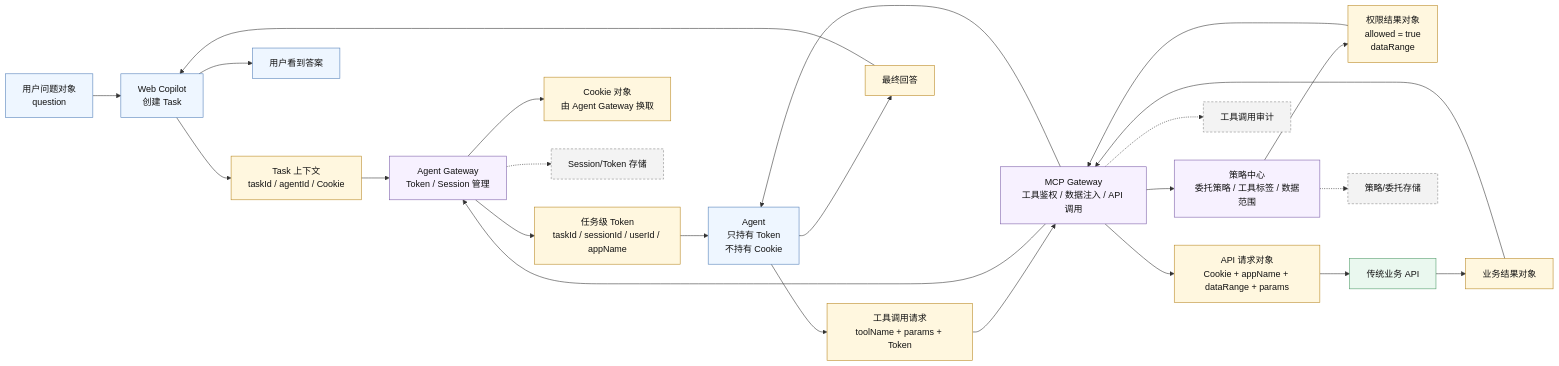
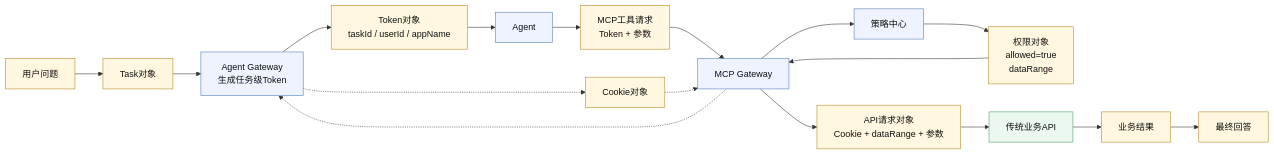
One commit to xuning117634-ux/auth-design-spec changed the third of 3 diagrams in new_desgin/test.md. Above: the diagram before and after it, drawn with Mermaid. The commit also changed other lines of this file, not shown here.

Commit message:
TR补充授权与IDaaS历史授权讨论稿.md

````diff
--- a/new_desgin/test.md
+++ b/new_desgin/test.md
@@ -163,45 +113,32 @@
 ```mermaid
 flowchart LR
-    UQ["用户问题对象<br/>question"] --> WC["Web Copilot<br/>创建 Task"]
-    WC --> TC["Task 上下文<br/>taskId / agentId / Cookie"]
+    Q["用户问题"] --> T["Task对象"]
+    T --> AG["Agent Gateway<br/>生成任务级Token"]
+    AG --> Token["Token对象<br/>taskId / userId / appName"]
 
-    TC --> AG["Agent Gateway<br/>Token / Session 管理"]
-    AG --> TK["任务级 Token<br/>taskId / sessionId / userId / appName"]
+    Token --> Agent["Agent"]
+    Agent --> Req["MCP工具请求<br/>Token + 参数"]
 
-    TK --> A["Agent<br/>只持有 Token<br/>不持有 Cookie"]
-    A --> TR["工具调用请求<br/>toolName + params + Token"]
+    Req --> MCP["MCP Gateway"]
+    MCP --> SC["策略中心"]
+    SC --> Policy["权限对象<br/>allowed=true<br/>dataRange"]
 
-    TR --> MCP["MCP Gateway<br/>工具鉴权 / 数据注入 / API 调用"]
+    Policy --> MCP
 
-    MCP --> SC["策略中心<br/>委托策略 / 工具标签 / 数据范围"]
-    SC --> PR["权限结果对象<br/>allowed = true<br/>dataRange"]
+    MCP -.-> AG
+    AG -.-> Cookie["Cookie对象"]
+    Cookie -.-> MCP
 
-    PR --> MCP
-    MCP --> AG
-    AG --> CK["Cookie 对象<br/>由 Agent Gateway 换取"]
+    MCP --> ApiReq["API请求对象<br/>Cookie + dataRange + 参数"]
+    ApiReq --> API["传统业务API"]
+    API --> Result["业务结果"]
+    Result --> Answer["最终回答"]
 
-    MCP --> APIREQ["API 请求对象<br/>Cookie + appName + dataRange + params"]
-    APIREQ --> API["传统业务 API"]
-    API --> R["业务结果对象"]
-    R --> MCP
-    MCP --> A
-    A --> ANS["最终回答"]
-    ANS --> WC
-    WC --> USER["用户看到答案"]
+    classDef obj fill:#fff7df,stroke:#b88720,stroke-width:1px,color:#111;
+    classDef svc fill:#eef3ff,stroke:#4f7db8,stroke-width:1px,color:#111;
+    classDef api fill:#eaf8ef,stroke:#4f9b68,stroke-width:1px,color:#111;
 
-    AG -.-> STORE1["Session/Token 存储"]
-    SC -.-> STORE2["策略/委托存储"]
-    MCP -.-> AUDIT["工具调用审计"]
-
-    classDef actor fill:#eef6ff,stroke:#4f7db8,stroke-width:1px,color:#111;
-    classDef gateway fill:#f7f1ff,stroke:#7a5ca8,stroke-width:1px,color:#111;
-    classDef object fill:#fff7df,stroke:#b88720,stroke-width:1px,color:#111;
-    classDef api fill:#eaf8ef,stroke:#4f9b68,stroke-width:1px,color:#111;
-    classDef store fill:#f3f3f3,stroke:#888,stroke-dasharray:4 3,color:#111;
-
-    class USER,UQ,WC,A actor;
-    class AG,MCP,SC gateway;
-    class TC,TK,TR,PR,CK,APIREQ,R,ANS object;
+    class Q,T,Token,Req,Policy,Cookie,ApiReq,Result,Answer obj;
+    class AG,Agent,MCP,SC svc;
     class API api;
-    class STORE1,STORE2,AUDIT store;
 ```
````
